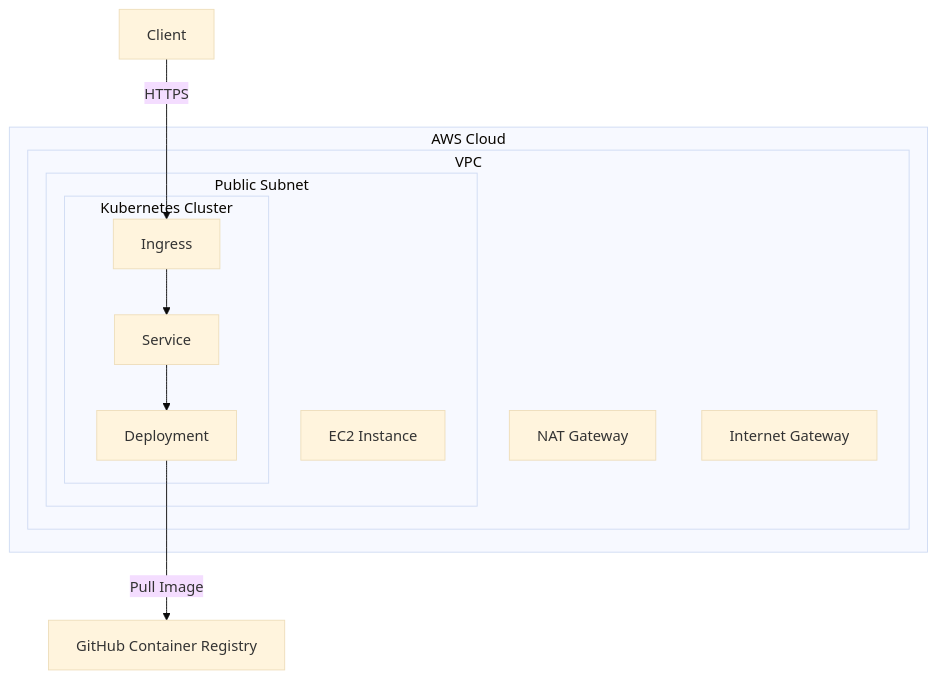
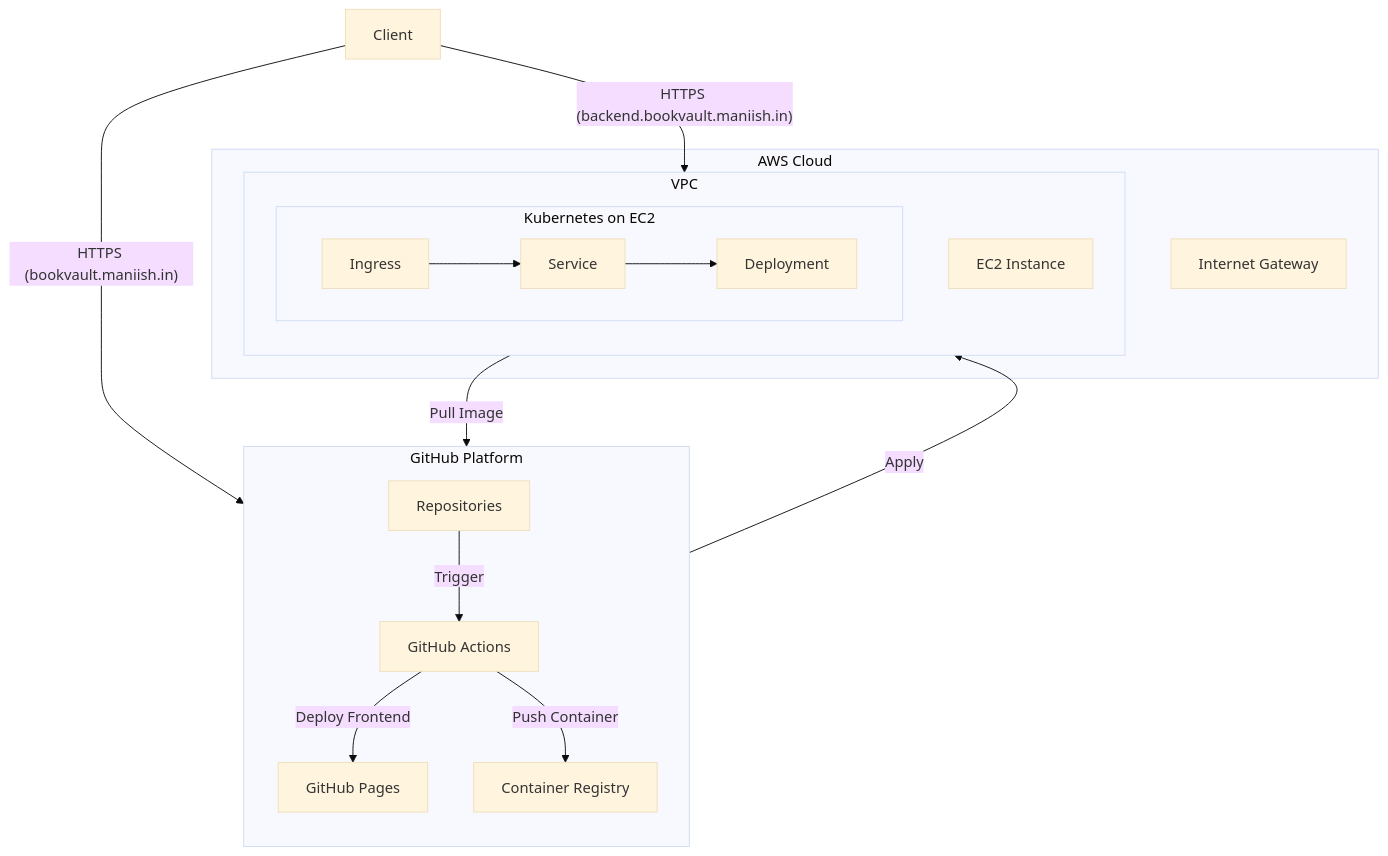
One commit to book-vault/.github changed the second of 3 diagrams in profile/README.md. Above: the diagram before and after it, drawn with Mermaid (base theme). The commit also changed other lines of this file and 1 other file, not shown here.

````diff
--- a/profile/README.md
+++ b/profile/README.md
@@ -74,23 +74,35 @@
 ```mermaid
 flowchart TB
+    subgraph GitHub["GitHub Platform"]
+        direction TB
+        REPO["Repositories"]
+        GHA["GitHub Actions"]
+        GHCR["Container Registry"]
+        GHP["GitHub Pages"]
+    end
+
     subgraph AWS["AWS Cloud"]
         subgraph VPC["VPC"]
-            subgraph Public["Public Subnet"]
-                EC2["EC2 Instance"]
-                
-                subgraph K8S["Kubernetes Cluster"]
-                    D["Deployment"]
-                    S["Service"]
-                    I["Ingress"]
-                end
+            direction TB
+            EC2["EC2 Instance"]
+            subgraph K8S["Kubernetes on EC2"]
+                direction LR
+                D["Deployment"]
+                S["Service"]
+                I["Ingress"]
             end
-            NAT["NAT Gateway"]
-            IGW["Internet Gateway"]
         end
+        IGW["Internet Gateway"]
     end
     
-    Client-->|HTTPS|I
-    I-->S
-    S-->D
-    D-->|Pull Image|CR["GitHub Container Registry"]
+    REPO -->|Trigger| GHA
+    GHA -->|Deploy Frontend| GHP
+    GHA -->|Push Container| GHCR
+    GHA -->|Apply| VPC
+    
+    D -->|Pull Image| GHCR
+    Client -->|"HTTPS (bookvault.maniish.in)"| GHP
+    Client -->|"HTTPS (backend.bookvault.maniish.in)"| I
+    I --> S
+    S --> D
 ```
````
